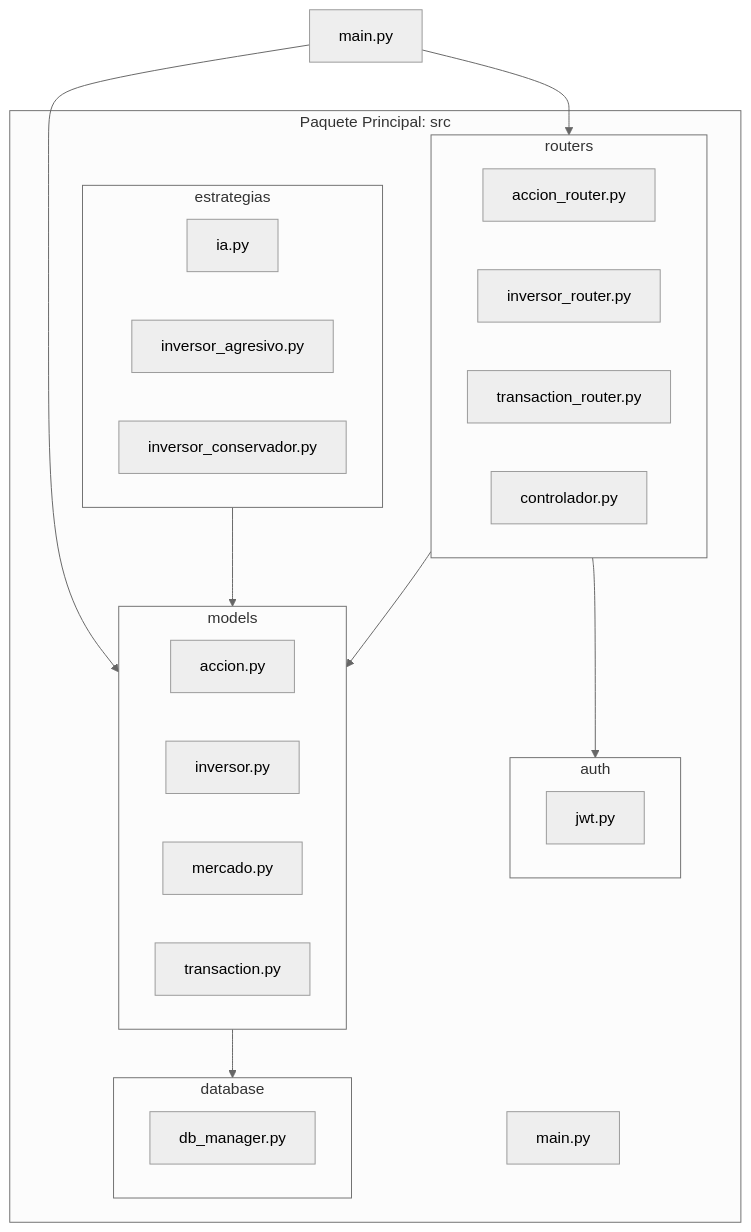
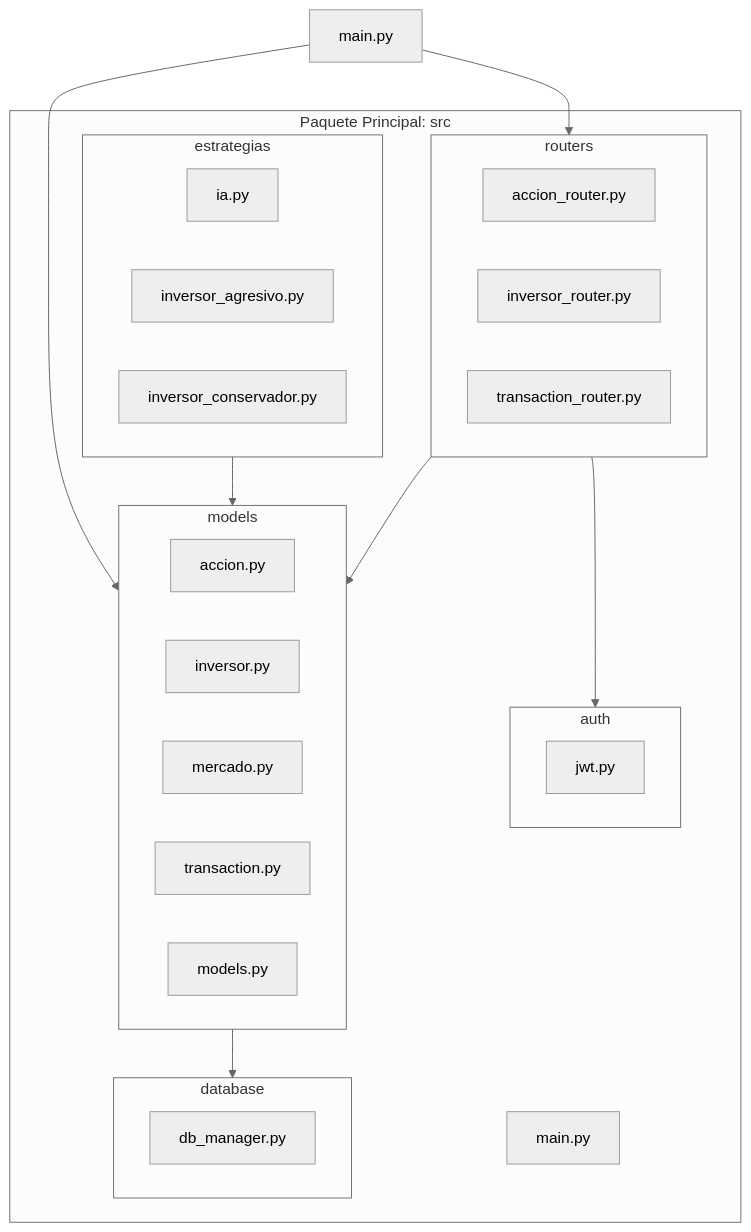
The diagram in README.md (NikolasKaplan1/prog2-25-C2), drawn with Mermaid (neutral theme) before and after one commit. The commit also changed other lines of this file, not shown here.

````diff
--- a/README.md
+++ b/README.md
@@ -38,42 +38,42 @@
 ```mermaid
 flowchart TD
     subgraph src["Paquete Principal: src"]
         subgraph auth["auth"]
             A[jwt.py]
         end
 
         subgraph database["database"]
             B[db_manager.py]
         end
 
         subgraph estrategias["estrategias"]
             C[ia.py]
             D[inversor_agresivo.py]
             E[inversor_conservador.py]
         end
 
         subgraph models["models"]
             F[accion.py]
             G[inversor.py]
             H[mercado.py]
             I[transaction.py]
+            J[models.py]
         end
 
         subgraph routers["routers"]
-            J[accion_router.py]
-            K[inversor_router.py]
-            L[transaction_router.py]
-            M[controlador.py]
+            K[accion_router.py]
+            L[inversor_router.py]
+            M[transaction_router.py]
         end
 
         N[main.py]
     end
 
     %% Relaciones entre paquetes
     routers --> models
     routers --> auth
     models --> database
     estrategias --> models
     main.py --> routers
     main.py --> models
 ```
````
